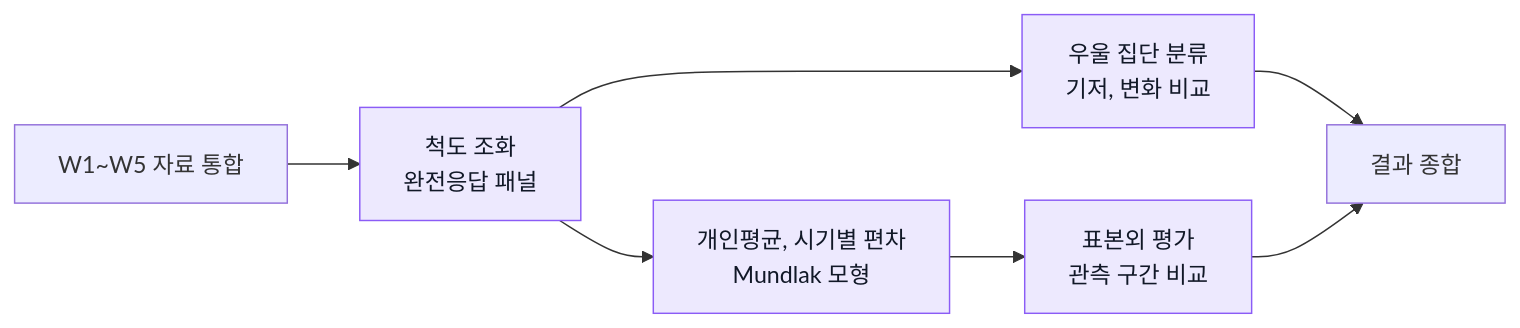
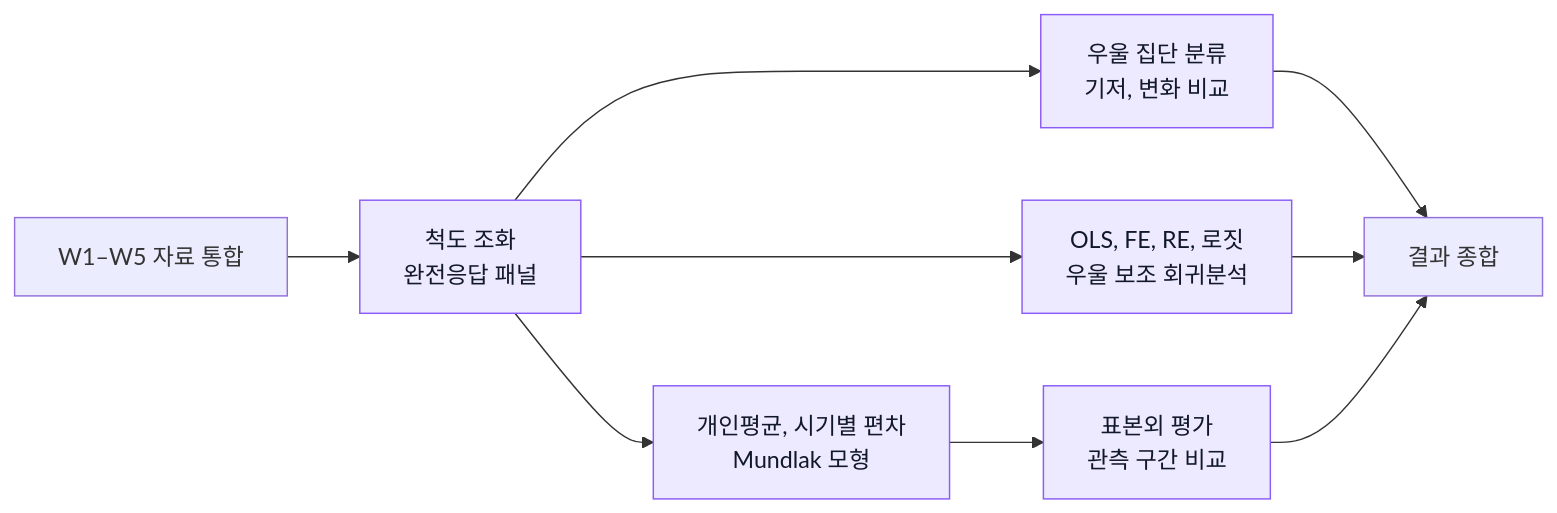
The diagram in README.md (lcsvvo/KYHPS-Anxiety-Longitudinal), drawn with Mermaid before and after one commit. The commit also changed other lines of this file and 2 other files, not shown here.

````diff
--- a/README.md
+++ b/README.md
@@ -47,11 +55,13 @@
 ```mermaid
 flowchart LR
-    A["W1~W5 자료 통합"] --> B["척도 조화<br/>완전응답 패널"]
+    A["W1–W5 자료 통합"] --> B["척도 조화<br/>완전응답 패널"]
     B --> C["개인평균, 시기별 편차<br/>Mundlak 모형"]
     B --> D["우울 집단 분류<br/>기저, 변화 비교"]
+    B --> R["OLS, FE, RE, 로짓<br/>우울 보조 회귀분석"]
     C --> E["표본외 평가<br/>관측 구간 비교"]
     D --> F["결과 종합"]
+    R --> F
     E --> F
     classDef step fill:#ede9fe,stroke:#8b5cf6,color:#111827;
-    class B,C,D,E step;
+    class B,C,D,E,R step;
 ```
````
